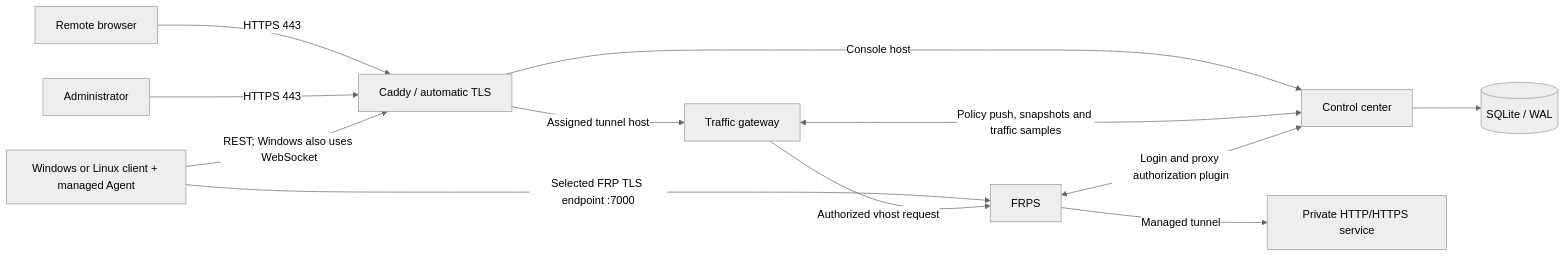
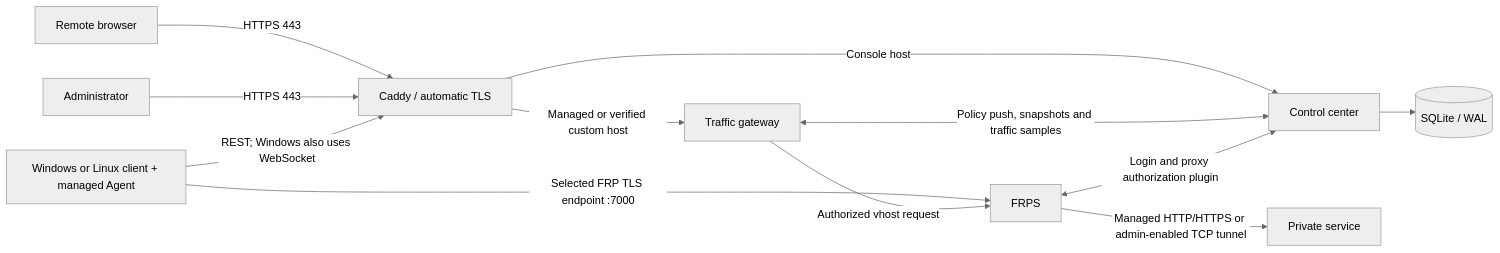
The diagram in docs/ARCHITECTURE.md (ZHanry/home-tunnel-server), drawn with Mermaid (neutral theme) before and after one commit. The commit also changed other lines of this file and 32 other files, not shown here.

Commit message:
Complete custom domains TCP tunnels and console localization

````diff
--- a/docs/ARCHITECTURE.md
+++ b/docs/ARCHITECTURE.md
@@ -5,14 +5,14 @@
 ```mermaid
 flowchart LR
     Visitor["Remote browser"] -->|"HTTPS 443"| Caddy["Caddy / automatic TLS"]
     Admin["Administrator"] -->|"HTTPS 443"| Caddy
     Client["Windows or Linux client + managed Agent"] -->|"REST; Windows also uses WebSocket"| Caddy
     Client -->|"Selected FRP TLS endpoint :7000"| FRPS["FRPS"]
     Caddy -->|"Console host"| Control["Control center"]
-    Caddy -->|"Assigned tunnel host"| Gateway["Traffic gateway"]
+    Caddy -->|"Managed or verified custom host"| Gateway["Traffic gateway"]
     Gateway -->|"Authorized vhost request"| FRPS
-    FRPS -->|"Managed tunnel"| Local["Private HTTP/HTTPS service"]
+    FRPS -->|"Managed HTTP/HTTPS or admin-enabled TCP tunnel"| Local["Private service"]
     Control --> SQLite[("SQLite / WAL")]
     Gateway <-->|"Policy push, snapshots and traffic samples"| Control
     FRPS <-->|"Login and proxy authorization plugin"| Control
 ```
````
